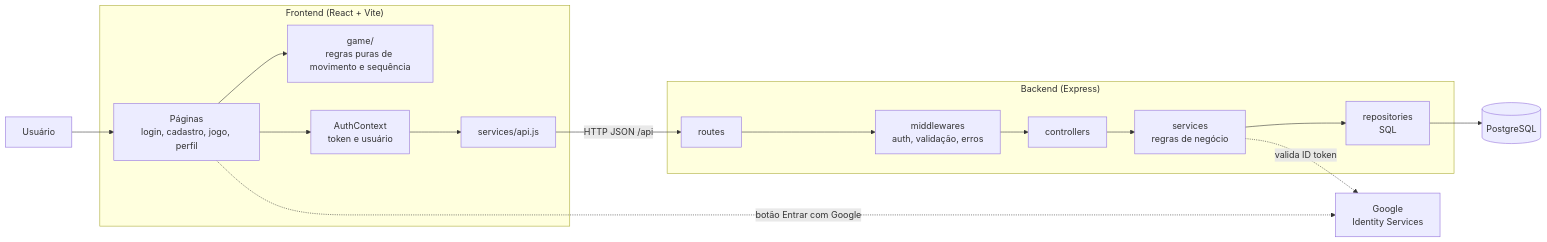
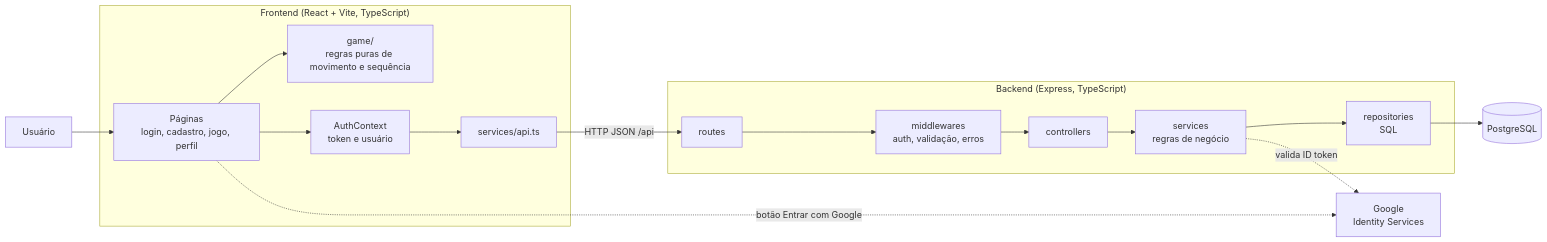
One commit to lodestaarz/Projeto-Oficina2 changed the first of 2 diagrams in docs/arquitetura-sistema.md. Above: the diagram before and after it, drawn with Mermaid. The commit also changed other lines of this file, not shown here.

````diff
--- a/docs/arquitetura-sistema.md
+++ b/docs/arquitetura-sistema.md
@@ -11,31 +11,31 @@
 ```mermaid
 flowchart LR
     U[Usuário]
 
-    subgraph FE["Frontend (React + Vite)"]
+    subgraph FE["Frontend (React + Vite, TypeScript)"]
         P[Páginas<br/>login, cadastro, jogo, perfil]
         G[game/<br/>regras puras de movimento e sequência]
         AC[AuthContext<br/>token e usuário]
-        S[services/api.js]
+        S[services/api.ts]
     end
 
-    subgraph BE["Backend (Express)"]
+    subgraph BE["Backend (Express, TypeScript)"]
         R[routes]
         MW[middlewares<br/>auth, validação, erros]
         C[controllers]
         SV[services<br/>regras de negócio]
         RP[repositories<br/>SQL]
     end
 
     DB[(PostgreSQL)]
     GO[Google<br/>Identity Services]
 
     U --> P
     P --> G
     P --> AC
     AC --> S
     S -- "HTTP JSON /api" --> R
     R --> MW --> C --> SV --> RP --> DB
     P -. "botão Entrar com Google" .-> GO
     SV -. "valida ID token" .-> GO
 ```
````
